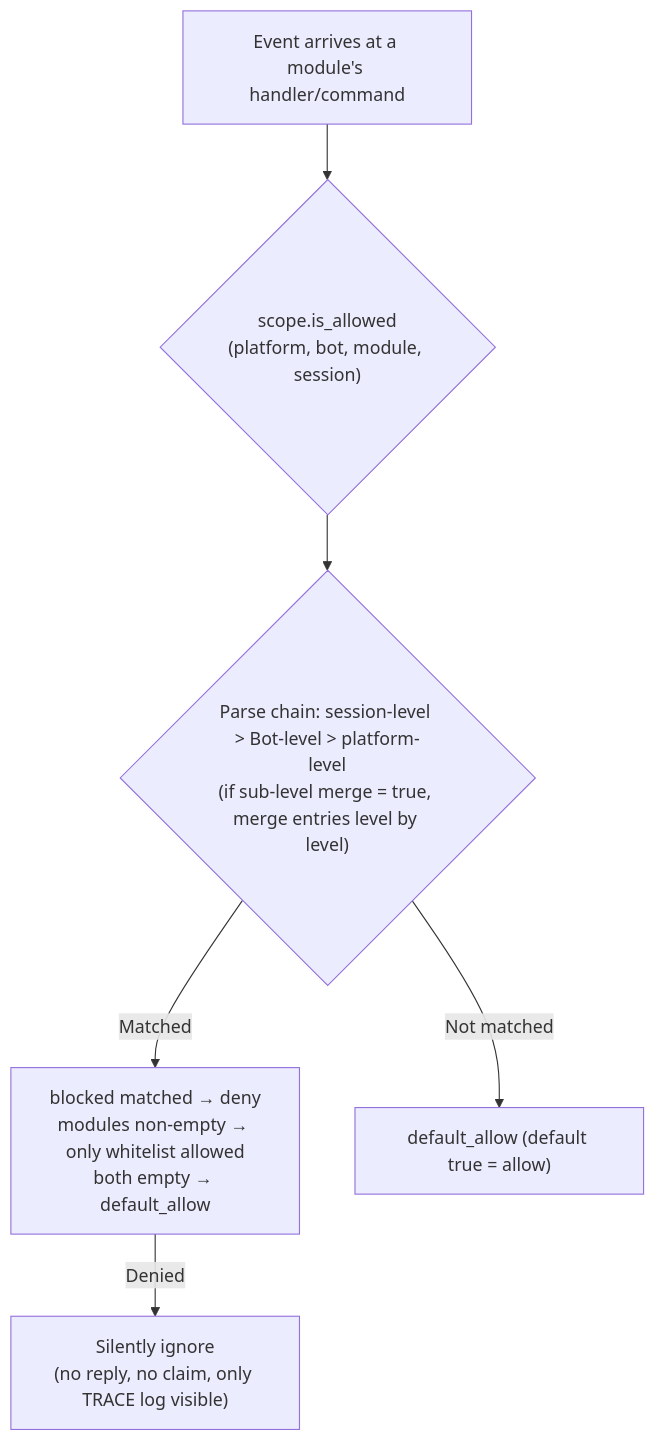
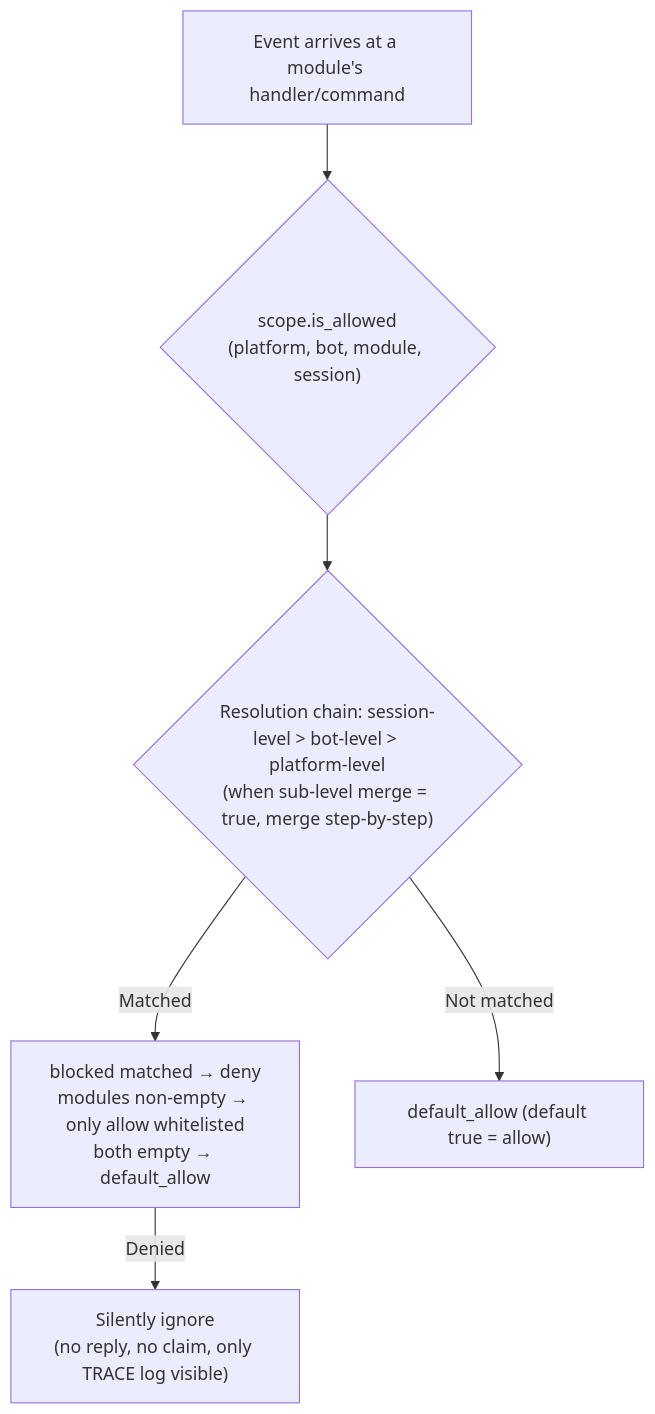
Before and after one commit to ErisPulse/ErisPulse: the diagram in docs/en/advanced/scope.md, drawn with Mermaid. The commit also changed other lines of this file and 622 other files, not shown here.

````diff
--- a/docs/en/advanced/scope.md
+++ b/docs/en/advanced/scope.md
@@ -100,8 +88,8 @@
 ```mermaid
 flowchart TD
     A["Event arrives at a module's handler/command"] --> B{"scope.is_allowed<br/>(platform, bot, module, session)"}
-    B --> C{"Parse chain: session-level > Bot-level > platform-level<br/>(if sub-level merge = true, merge entries level by level)"}
-    C -->|"Matched"| D["blocked matched → deny<br/>modules non-empty → only whitelist allowed<br/>both empty → default_allow"]
+    B --> C{"Resolution chain: session-level > bot-level > platform-level<br/>(when sub-level merge = true, merge step-by-step)"}
+    C -->|"Matched"| D["blocked matched → deny<br/>modules non-empty → only allow whitelisted<br/>both empty → default_allow"]
     C -->|"Not matched"| E["default_allow (default true = allow)"]
     D -->|"Denied"| Z["Silently ignore<br/>(no reply, no claim, only TRACE log visible)"]
 ```
````
